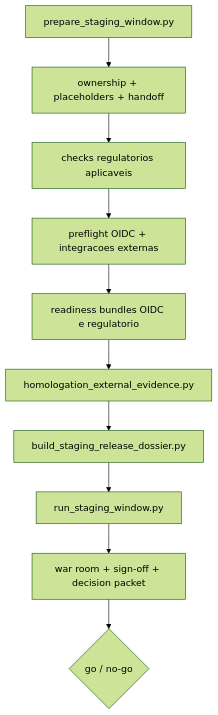
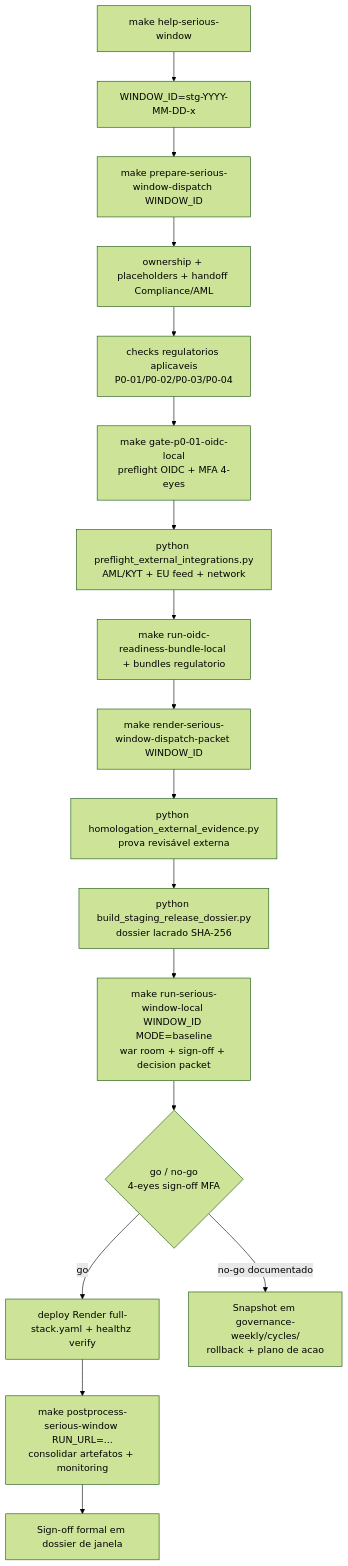
One commit to Jistriane/Ontrackchain changed the seventh of 12 diagrams in README.md. Above: the diagram before and after it, drawn with Mermaid (forest theme). The commit also changed other lines of this file and 4 other files, not shown here.

````diff
--- a/README.md
+++ b/README.md
@@ -245,12 +351,19 @@
 ```mermaid
 flowchart TD
-    A[prepare_staging_window.py] --> B[ownership + placeholders + handoff]
-    B --> C[checks regulatorios aplicaveis]
-    C --> D[preflight OIDC + integracoes externas]
-    D --> E[readiness bundles OIDC e regulatorio]
-    E --> F[homologation_external_evidence.py]
-    F --> G[build_staging_release_dossier.py]
-    G --> H[run_staging_window.py]
-    H --> I[war room + sign-off + decision packet]
-    I --> J{go / no-go}
+    A[make help-serious-window] --> A2[WINDOW_ID=stg-YYYY-MM-DD-x]
+    A2 --> B[make prepare-serious-window-dispatch WINDOW_ID]
+    B --> C[ownership + placeholders + handoff Compliance/AML]
+    C --> D[checks regulatorios aplicaveis\nP0-01/P0-02/P0-03/P0-04]
+    D --> E[make gate-p0-01-oidc-local\npreflight OIDC + MFA 4-eyes]
+    E --> F[python preflight_external_integrations.py\nAML/KYT + EU feed + network]
+    F --> G[make run-oidc-readiness-bundle-local + bundles regulatorio]
+    G --> H[make render-serious-window-dispatch-packet WINDOW_ID]
+    H --> I[python homologation_external_evidence.py\nprova revisável externa]
+    I --> J[python build_staging_release_dossier.py\ndossier lacrado SHA-256]
+    J --> K[make run-serious-window-local WINDOW_ID MODE=baseline\nwar room + sign-off + decision packet]
+    K --> L{go / no-go\n4-eyes sign-off MFA}
+    L -->|go| M[deploy Render full-stack.yaml + healthz verify]
+    L -->|no-go documentado| N[Snapshot em governance-weekly/cycles/\nrollback + plano de acao]
+    M --> O[make postprocess-serious-window RUN_URL=...\nconsolidar artefatos + monitoring]
+    O --> P[Sign-off formal em dossier de janela]
 ```
````
